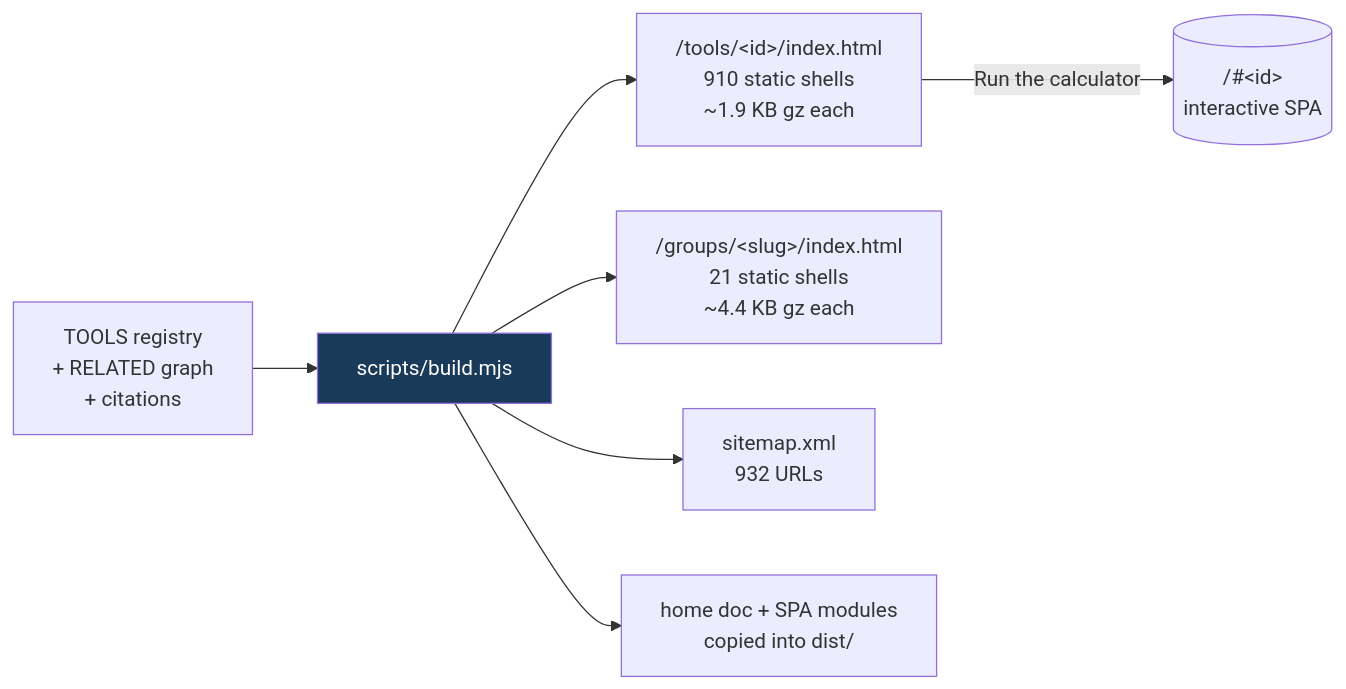
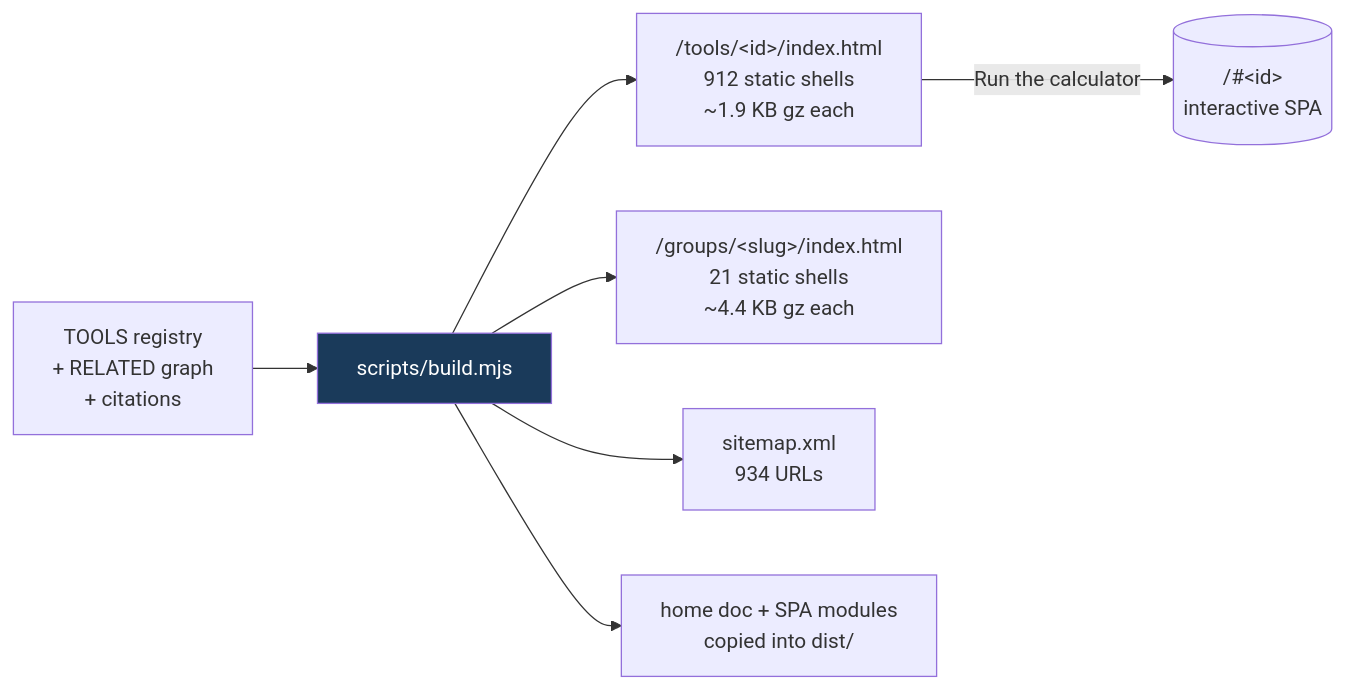
Before and after one commit to clay-good/roughlogic.com: the fifth of 8 diagrams in README.md, drawn with Mermaid. The commit also changed other lines of this file and 19 other files, not shown here.

````diff
--- a/README.md
+++ b/README.md
@@ -495,10 +495,10 @@
 ```mermaid
 flowchart LR
     SRC[TOOLS registry\n+ RELATED graph\n+ citations] --> BUILD[scripts/build.mjs]
-    BUILD --> TILE["/tools/&lt;id&gt;/index.html\n910 static shells\n~1.9 KB gz each"]
+    BUILD --> TILE["/tools/&lt;id&gt;/index.html\n912 static shells\n~1.9 KB gz each"]
     BUILD --> GROUP["/groups/&lt;slug&gt;/index.html\n21 static shells\n~4.4 KB gz each"]
-    BUILD --> MAP["sitemap.xml\n932 URLs"]
+    BUILD --> MAP["sitemap.xml\n934 URLs"]
     BUILD --> COPY[home doc + SPA modules\ncopied into dist/]
     TILE -->|Run the calculator| SPA[("/#&lt;id&gt;\ninteractive SPA")]
     style BUILD fill:#1a3a5a,color:#fff
 ```
````
